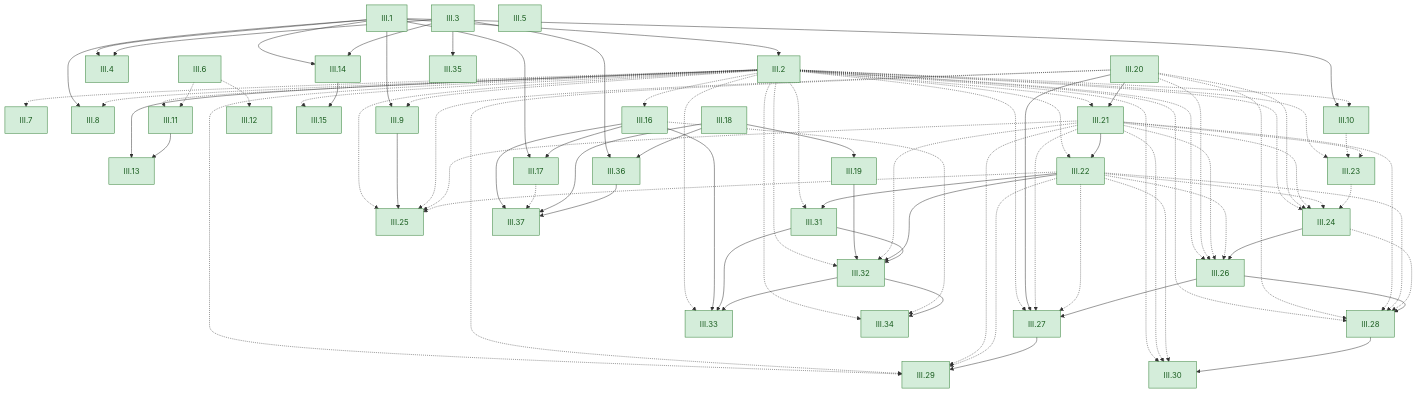
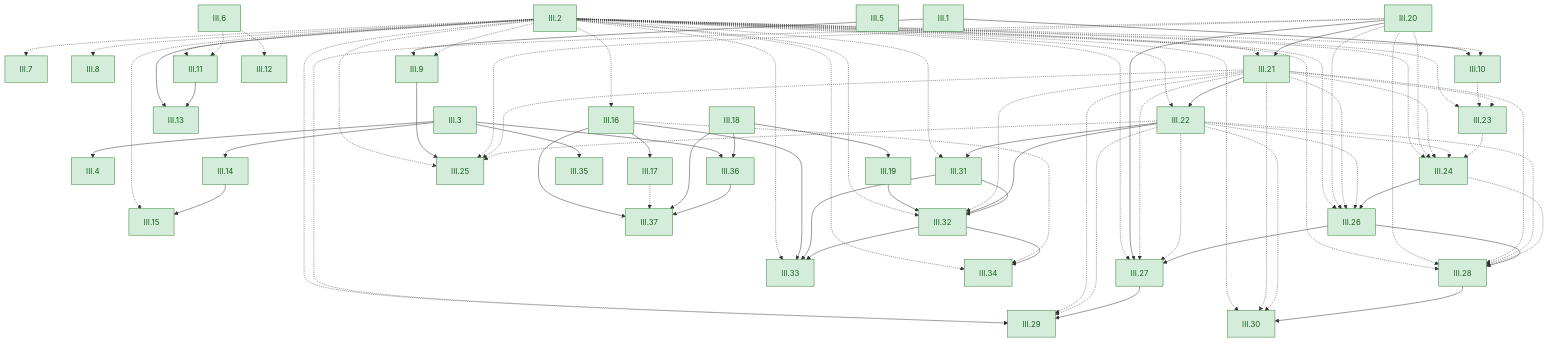
The sixth of 6 diagrams in GRAPH.md (dodecaplex-co/stoicheia), drawn with Mermaid before and after one commit. The commit also changed other lines of this file and 31 other files, not shown here.

Commit message:
Generated: facts.json, CERTIFICATE.md, GRAPH.md and Book III's pages made afresh after the dropped calls (#131)

```diff
--- a/GRAPH.md
+++ b/GRAPH.md
@@ -797,11 +797,8 @@
   III35["III.35"]
   III36["III.36"]
   III37["III.37"]
-  III1 --> III2
-  III1 --> III4
   III3 --> III4
   III2 -.-> III7
-  III1 --> III8
   III2 -.-> III8
   III1 --> III9
   III2 -.-> III9
@@ -812,12 +809,10 @@
   III6 -.-> III12
   III2 --> III13
   III11 --> III13
-  III1 --> III14
   III3 --> III14
   III2 -.-> III15
   III14 --> III15
   III2 -.-> III16
-  III1 --> III17
   III16 --> III17
   III18 --> III19
   III2 -.-> III21
```
